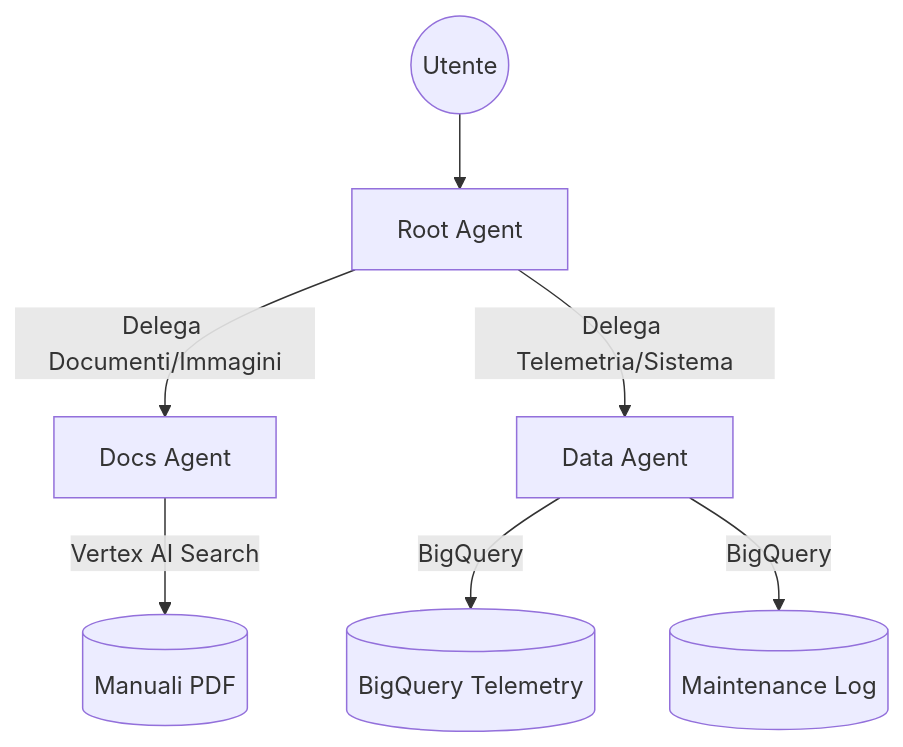
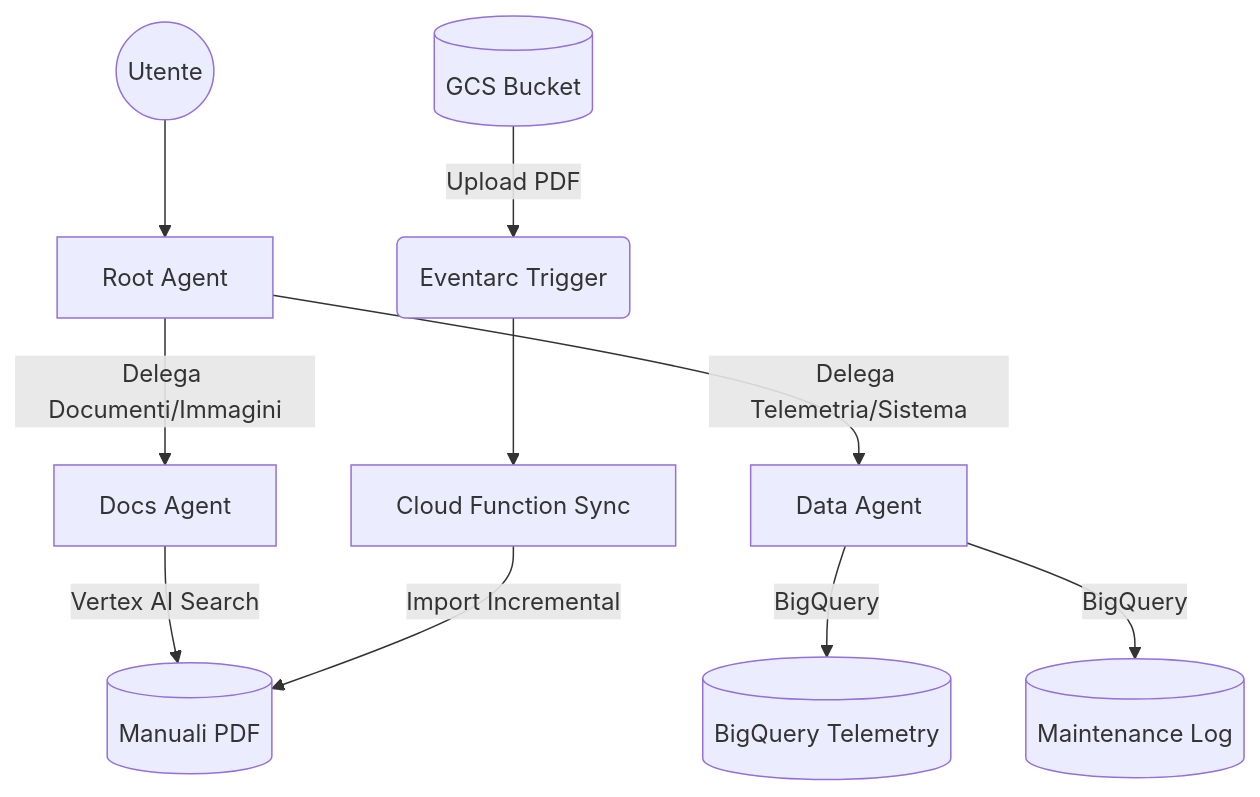
One commit to LucaBalduzziHuware/huware-kvswiss-poc-ai-agent changed the diagram in README.md. Above: the diagram before and after it, drawn with Mermaid. The commit also changed other lines of this file and 3 other files, not shown here.

````diff
--- a/README.md
+++ b/README.md
@@ -12,10 +13,14 @@
 ```mermaid
 graph TD
     User((Utente)) --> Root[Root Agent]
     Root -->|Delega Documenti/Immagini| Docs[Docs Agent]
     Root -->|Delega Telemetria/Sistema| Data[Data Agent]
     
     Docs -->|Vertex AI Search| Manuals[(Manuali PDF)]
     Data -->|BigQuery| Telemetry[(BigQuery Telemetry)]
     Data -->|BigQuery| MaintLog[(Maintenance Log)]
+    
+    Bucket[(GCS Bucket)] -- Upload PDF --> Eventarc(Eventarc Trigger)
+    Eventarc --> CF[Cloud Function Sync]
+    CF -->|Import Incremental| Manuals
 ```
````
